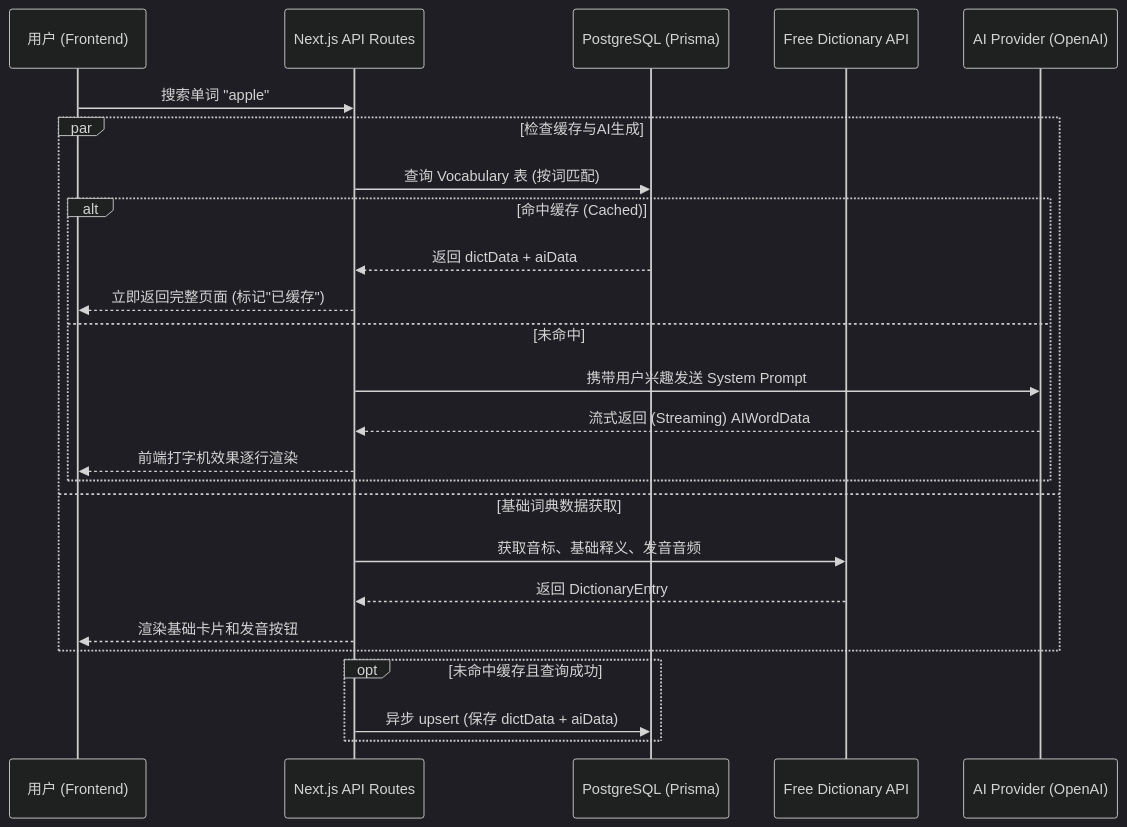
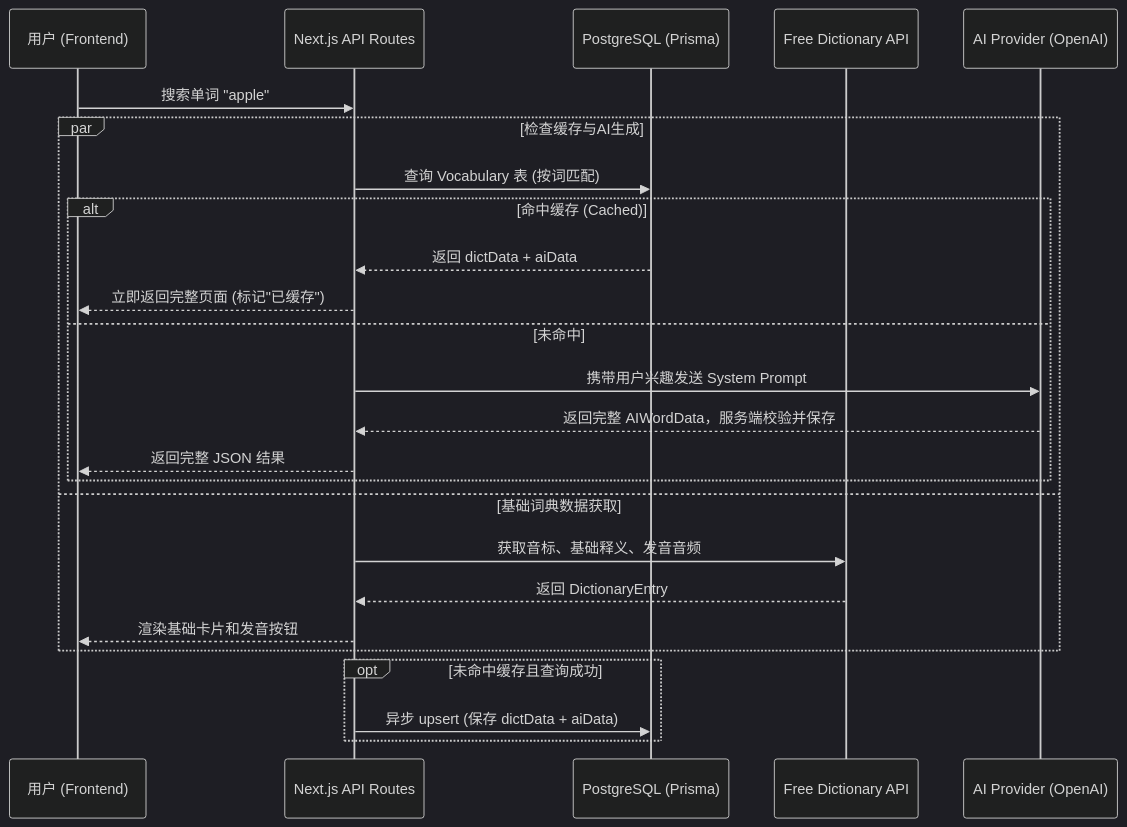
One commit to Wang-Jierui/ai_dictionary changed the first of 2 diagrams in ARCHITECTURE.md. Above: the diagram before and after it, drawn with Mermaid (dark theme). The commit also changed other lines of this file and 21 other files, not shown here.

````diff
--- a/ARCHITECTURE.md
+++ b/ARCHITECTURE.md
@@ -21,32 +31,32 @@
 ```mermaid
 sequenceDiagram
     participant User as 用户 (Frontend)
     participant API as Next.js API Routes
     participant DB as PostgreSQL (Prisma)
     participant FreeDict as Free Dictionary API
     participant LLM as AI Provider (OpenAI)
 
     User->>API: 搜索单词 "apple"
     
     %% 并发处理开始
     par 检查缓存与AI生成
         API->>DB: 查询 Vocabulary 表 (按词匹配)
         alt 命中缓存 (Cached)
             DB-->>API: 返回 dictData + aiData
             API-->>User: 立即返回完整页面 (标记"已缓存")
         else 未命中
             API->>LLM: 携带用户兴趣发送 System Prompt
-            LLM-->>API: 流式返回 (Streaming) AIWordData
-            API-->>User: 前端打字机效果逐行渲染
+            LLM-->>API: 返回完整 AIWordData，服务端校验并保存
+            API-->>User: 返回完整 JSON 结果
         end
     and 基础词典数据获取
         API->>FreeDict: 获取音标、基础释义、发音音频
         FreeDict-->>API: 返回 DictionaryEntry
         API-->>User: 渲染基础卡片和发音按钮
     end
     
     %% 自动保存
     opt 未命中缓存且查询成功
         API->>DB: 异步 upsert (保存 dictData + aiData)
     end
 ```
````
